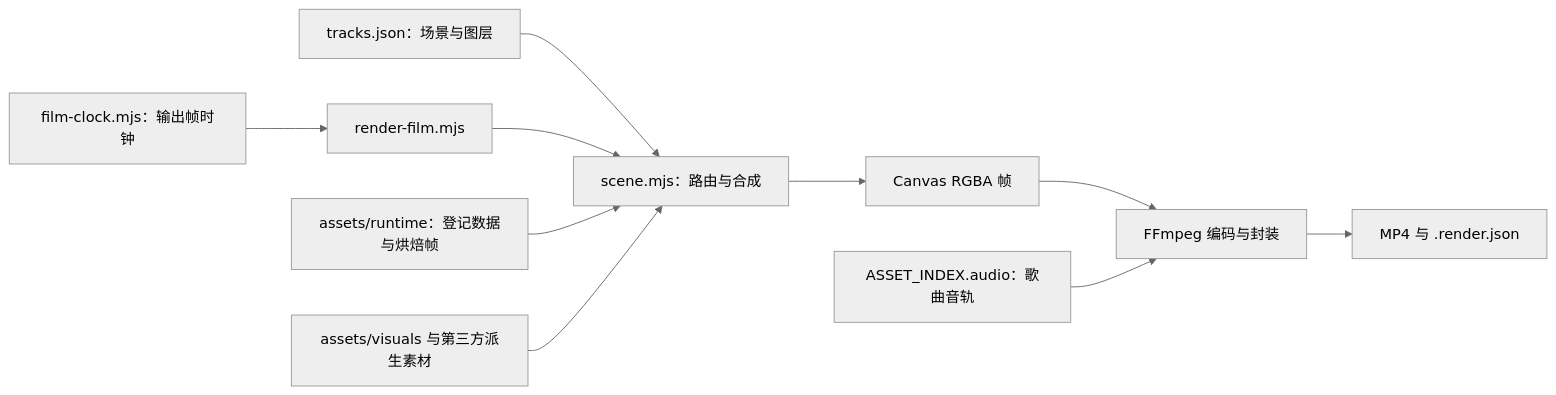
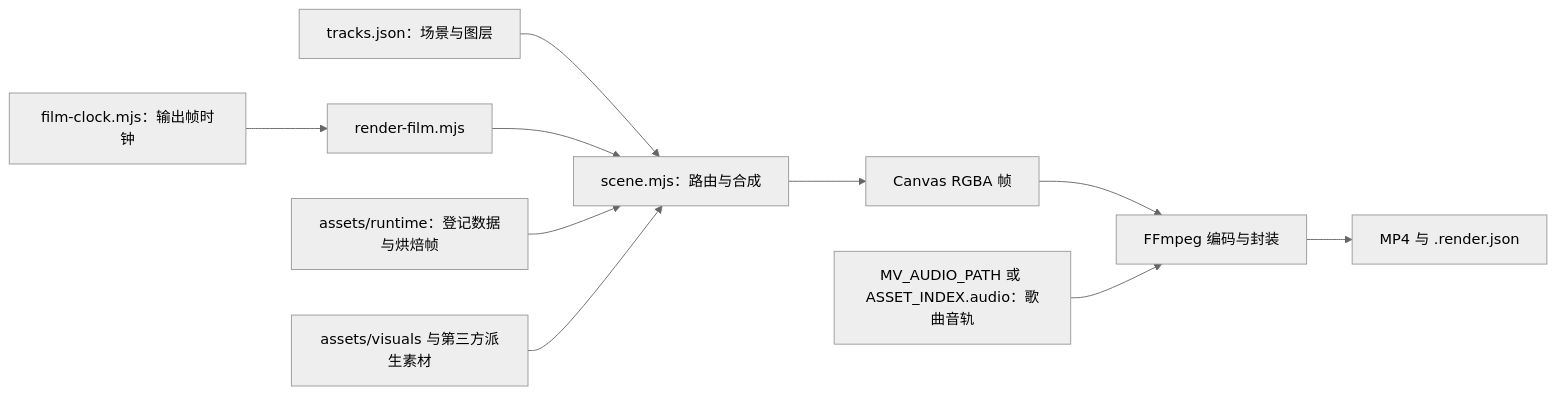
The diagram in docs/ARCHITECTURE.md (Sulytwelve/kawaiku-naritai-code-mv), drawn with Mermaid (neutral theme) before and after one commit. The commit also changed other lines of this file and 25 other files, not shown here.

````diff
--- a/docs/ARCHITECTURE.md
+++ b/docs/ARCHITECTURE.md
@@ -9,12 +9,12 @@
 ```mermaid
 flowchart LR
   Clock["film-clock.mjs：输出帧时钟"] --> Entry["render-film.mjs"]
   Tracks["tracks.json：场景与图层"] --> Scene["scene.mjs：路由与合成"]
   Entry --> Scene
   Data["assets/runtime：登记数据与烘焙帧"] --> Scene
   Images["assets/visuals 与第三方派生素材"] --> Scene
   Scene --> Frame["Canvas RGBA 帧"]
   Frame --> FF["FFmpeg 编码与封装"]
-  Audio["ASSET_INDEX.audio：歌曲音轨"] --> FF
+  Audio["MV_AUDIO_PATH 或 ASSET_INDEX.audio：歌曲音轨"] --> FF
   FF --> Output["MP4 与 .render.json"]
 ```
````
